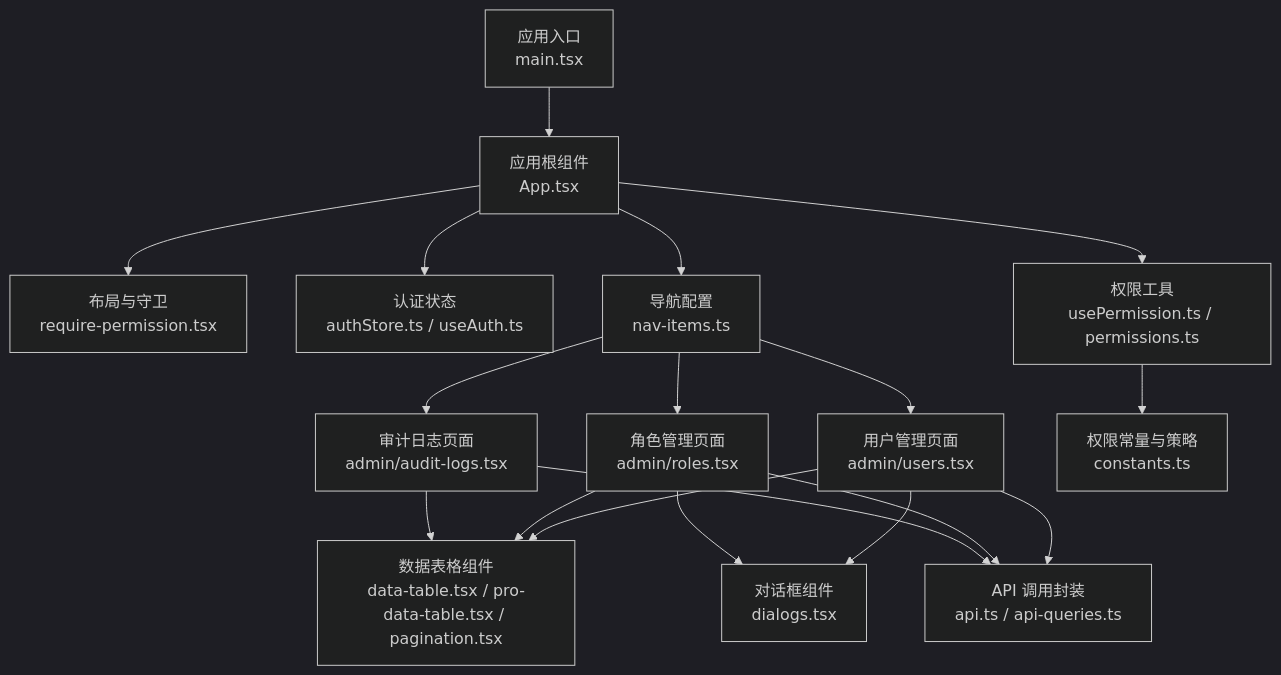
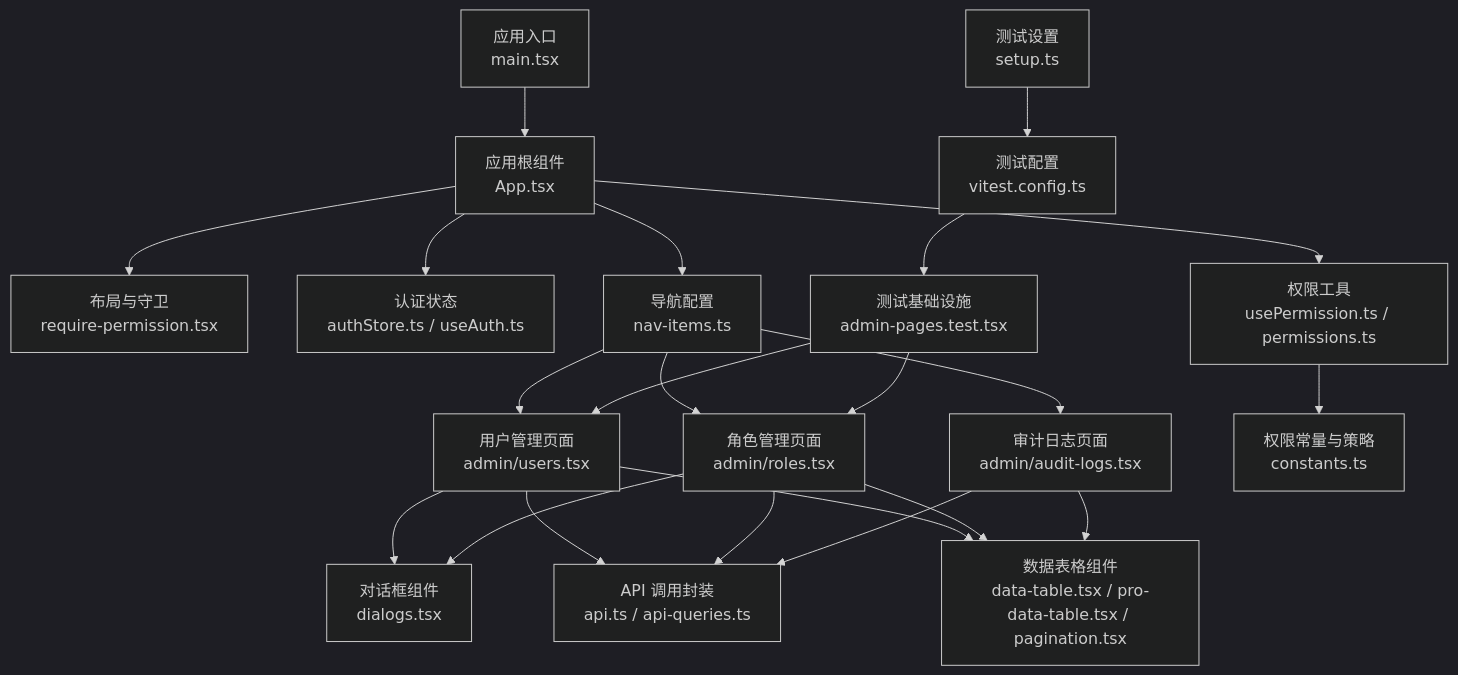
One commit to Damao997/newproject changed the first of 10 diagrams in .qoder/repowiki/zh/content/页面组件/管理系统页面.md. Above: the diagram before and after it, drawn with Mermaid (dark theme). The commit also changed other lines of this file and 62 other files, not shown here.

````diff
--- a/.qoder/repowiki/zh/content/页面组件/管理系统页面.md
+++ b/.qoder/repowiki/zh/content/页面组件/管理系统页面.md
@@ -59,20 +65,24 @@
 ```mermaid
 graph TB
 A["应用入口<br/>main.tsx"] --> B["应用根组件<br/>App.tsx"]
 B --> C["布局与守卫<br/>require-permission.tsx"]
 B --> D["认证状态<br/>authStore.ts / useAuth.ts"]
 B --> E["权限工具<br/>usePermission.ts / permissions.ts"]
 B --> F["导航配置<br/>nav-items.ts"]
 F --> G["用户管理页面<br/>admin/users.tsx"]
 F --> H["角色管理页面<br/>admin/roles.tsx"]
 F --> I["审计日志页面<br/>admin/audit-logs.tsx"]
 G --> J["数据表格组件<br/>data-table.tsx / pro-data-table.tsx / pagination.tsx"]
 H --> J
 I --> J
 E --> K["权限常量与策略<br/>constants.ts"]
 G --> L["API 调用封装<br/>api.ts / api-queries.ts"]
 H --> L
 I --> L
 G --> M["对话框组件<br/>dialogs.tsx"]
 H --> M
+N["测试基础设施<br/>admin-pages.test.tsx"] --> G
+N --> H
+O["测试配置<br/>vitest.config.ts"] --> N
+P["测试设置<br/>setup.ts"] --> O
 ```
````
